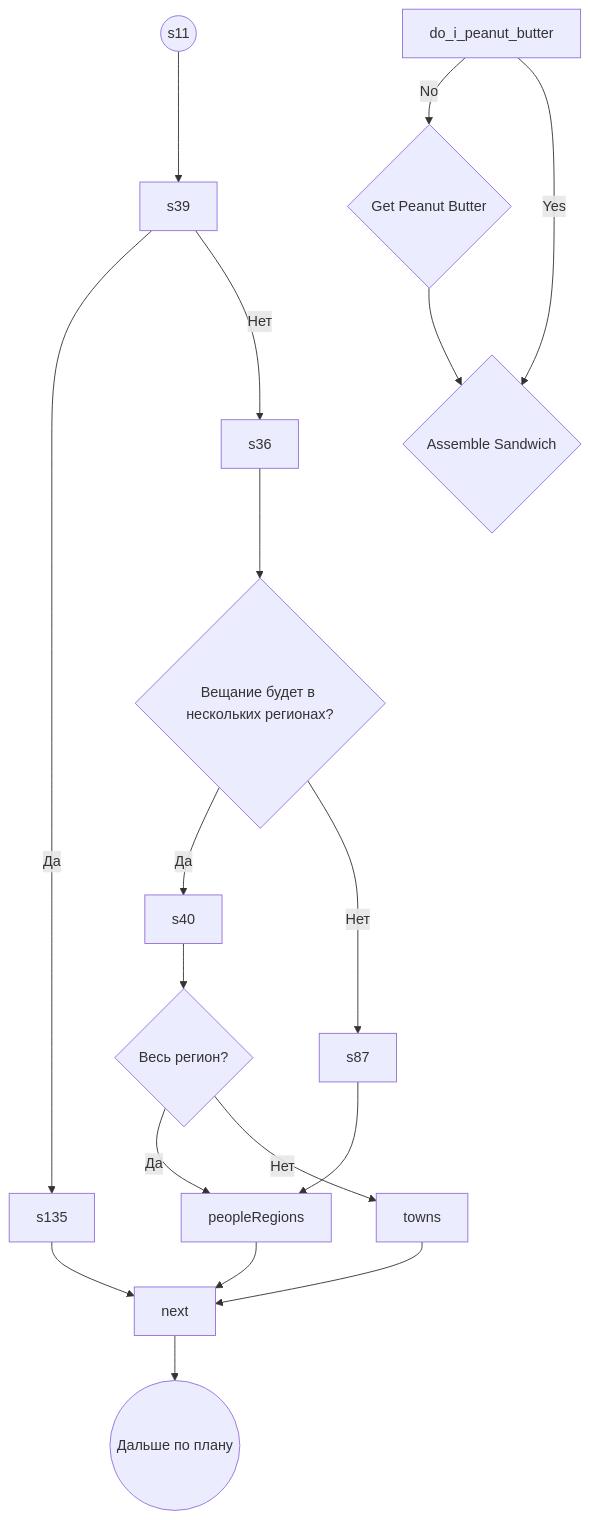
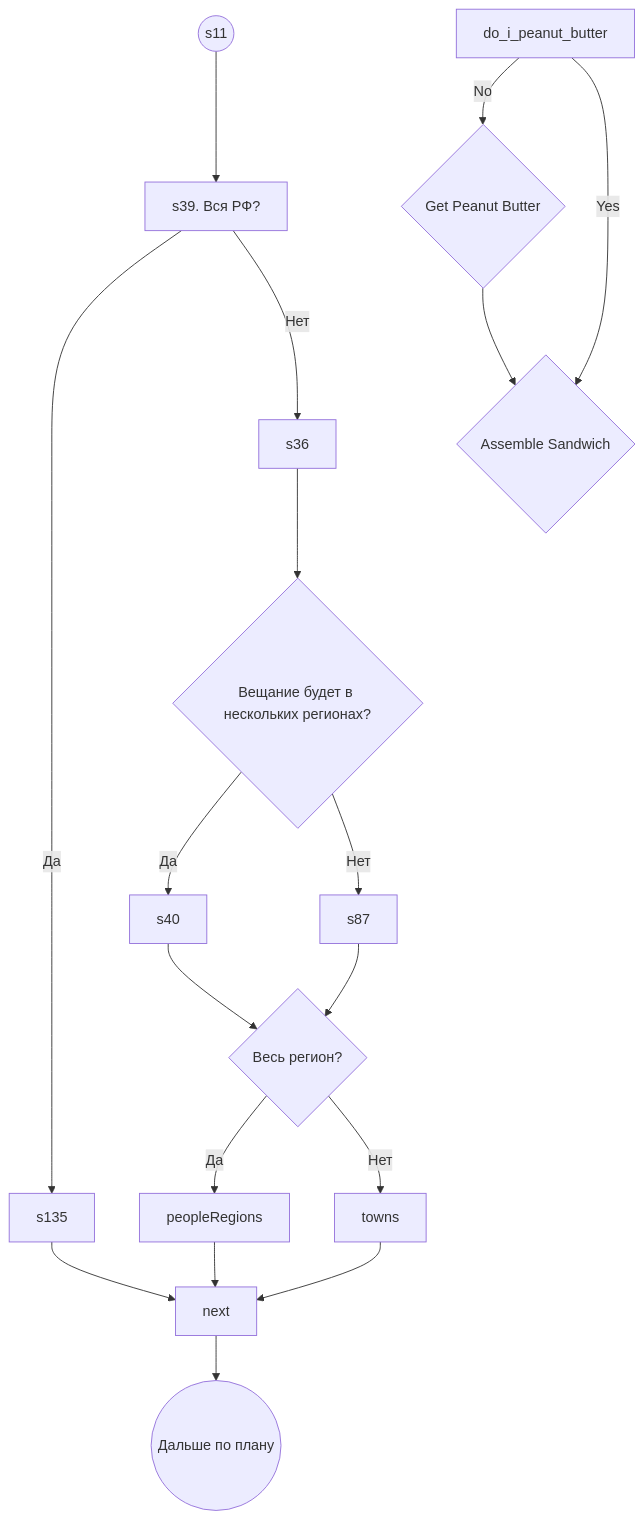
Before and after one commit to wolkoduff/myObsidianSync: the diagram in 2024-10-14.md, drawn with Mermaid.

Commit message:
vault backup: 14.10.2024 13:15

````diff
--- a/2024-10-14.md
+++ b/2024-10-14.md
@@ -2,20 +2,20 @@
 ```mermaid
 flowchart TB
-    start_sequence((s11)) --> territoryRf[s39]
+    start_sequence((s11)) --> territoryRf[s39. Вся РФ?]
     territoryRf --> |Да| territoryRfPeople[s135]
     territoryRf --> |Нет| Regions[s36]
     Regions --> manyRegions{Вещание будет в нескольких регионах?}
     manyRegions --> |Да| listRegions[s40]
     manyRegions --> |Нет| oneRegion[s87]
-    oneRegion --> peopleRegions
+    oneRegion --> fullRegion{Весь регион?}
     listRegions --> fullRegion{Весь регион?}
     fullRegion --> |Да| peopleRegions
     fullRegion --> |Нет| towns
     peopleRegions --> next
     territoryRfPeople --> next
     towns --> next
     do_i_peanut_butter -->|No| get_peanut_butter{Get Peanut Butter}
     do_i_peanut_butter -->|Yes| assemble{Assemble Sandwich}
     get_peanut_butter --> assemble{Assemble Sandwich}
     next --> end_sequence((Дальше по плану))
 ```
````
